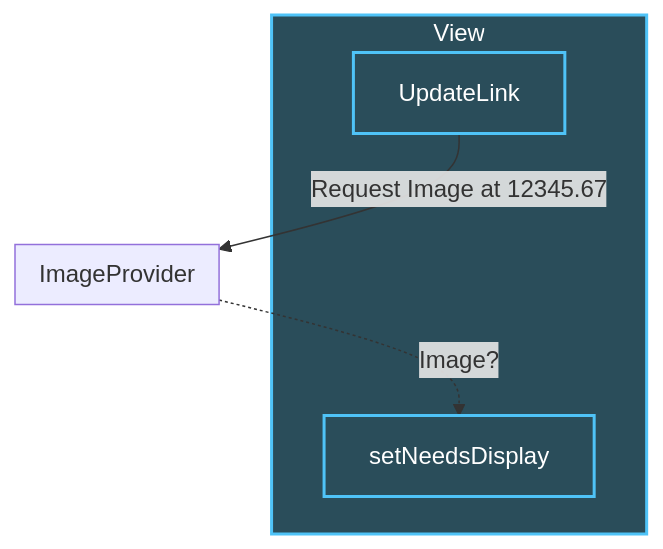
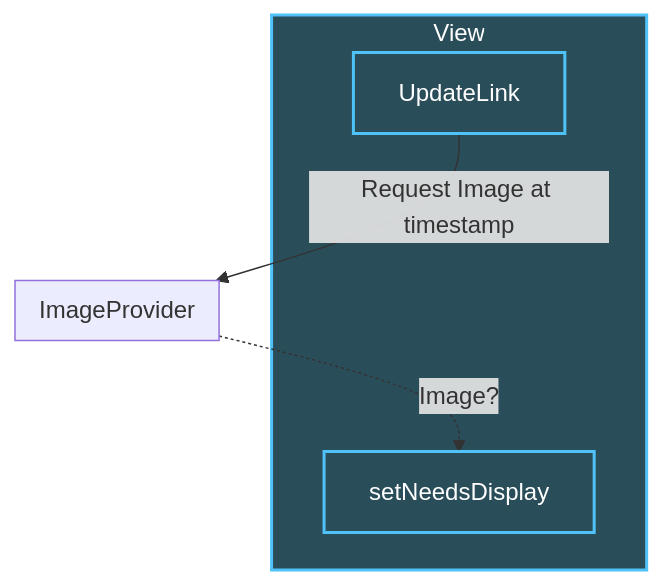
One commit to noppefoxwolf/presentations changed the second of 3 diagrams in iOSDC/25/presentation.md. Above: the diagram before and after it, drawn with Mermaid. The commit also changed other lines of this file and 4 other files, not shown here.

````diff
--- a/iOSDC/25/presentation.md
+++ b/iOSDC/25/presentation.md
@@ -445,19 +453,18 @@
 ```mermaid
 graph TB
 
 subgraph View
     UpdateLink
     S[setNeedsDisplay]
 end
-UpdateLink -->|Request Image at 12345.67| ImageProvider
+UpdateLink -->|Request Image at timestamp| ImageProvider
 ImageProvider -.->|Image?| S
 subgraph ImageProvider
 end
 
 classDef process fill:#3d2a4d,stroke:#ab47bc,stroke-width:2px,color:#ffffff
 classDef display fill:#2a4d5a,stroke:#4fc3f7,stroke-width:2px,color:#ffffff
 
-
 class Provider,Processor,Cache process
 class UpdateLink,View,S display
 ```
````
